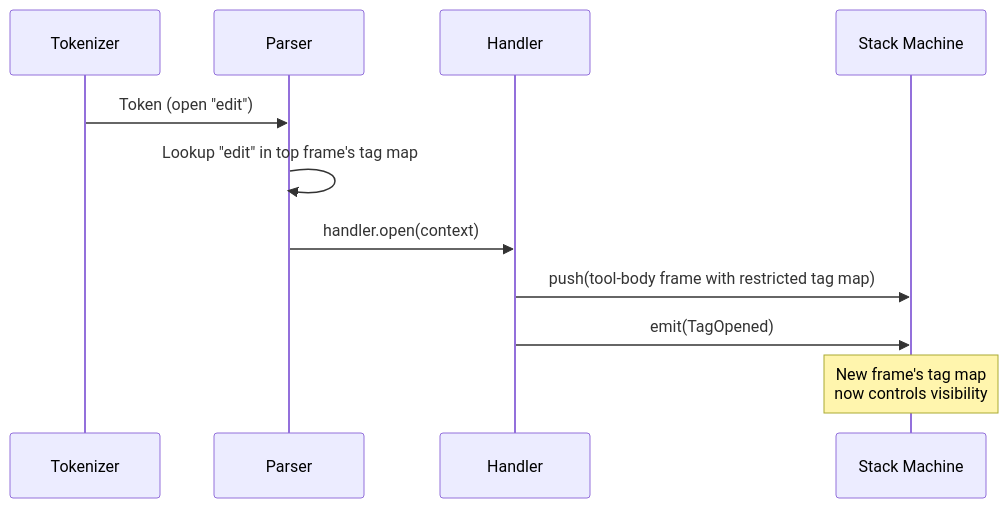
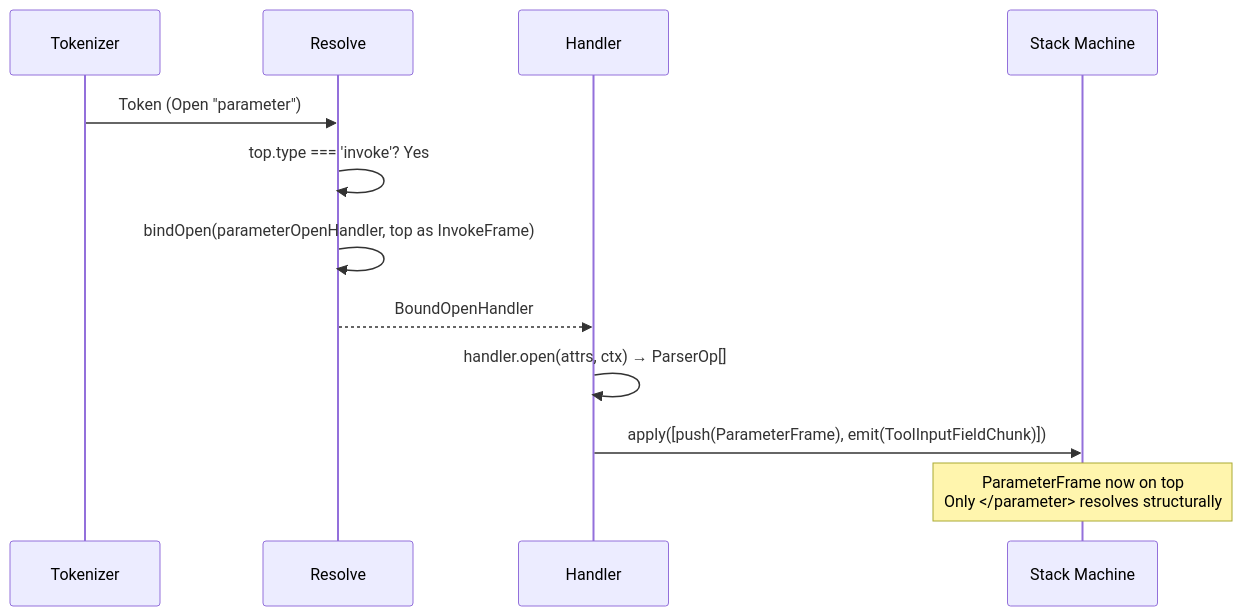
One commit to magnitudedev/magnitude changed the third of 3 diagrams in packages/xml-act/docs/parser.md. Above: the diagram before and after it, drawn with Mermaid. The commit also changed other lines of this file and 86 other files, not shown here.

Commit message:
rewrite parser to use xml syntax rather than pipe delimited for more consistent adherance across models, less closing tag mishaps, etc

````diff
--- a/packages/xml-act/docs/parser.md
+++ b/packages/xml-act/docs/parser.md
@@ -45,14 +69,15 @@
 ```mermaid
 sequenceDiagram
     participant T as Tokenizer
-    participant P as Parser
+    participant R as Resolve
     participant H as Handler
     participant M as Stack Machine
 
-    T->>P: Token (open "edit")
-    P->>P: Lookup "edit" in top frame's tag map
-    P->>H: handler.open(context)
-    H->>M: push(tool-body frame with restricted tag map)
-    H->>M: emit(TagOpened)
-    Note over M: New frame's tag map<br/>now controls visibility
+    T->>R: Token (Open "parameter")
+    R->>R: top.type === 'invoke'? Yes
+    R->>R: bindOpen(parameterOpenHandler, top as InvokeFrame)
+    R-->>H: BoundOpenHandler
+    H->>H: handler.open(attrs, ctx) → ParserOp[]
+    H->>M: apply([push(ParameterFrame), emit(ToolInputFieldChunk)])
+    Note over M: ParameterFrame now on top<br/>Only </parameter> resolves structurally
 ```
````
